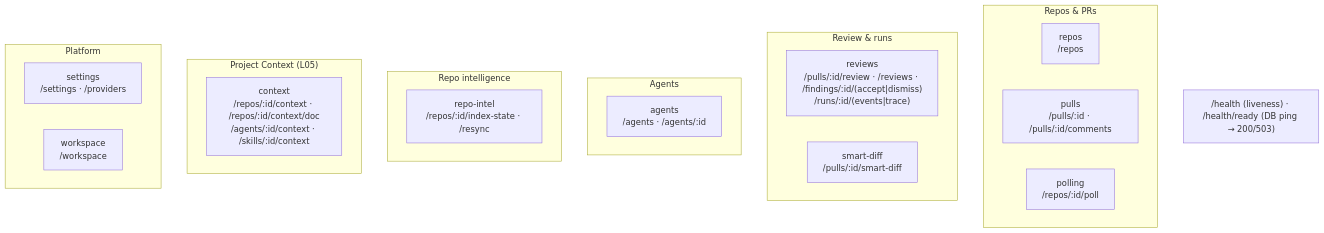
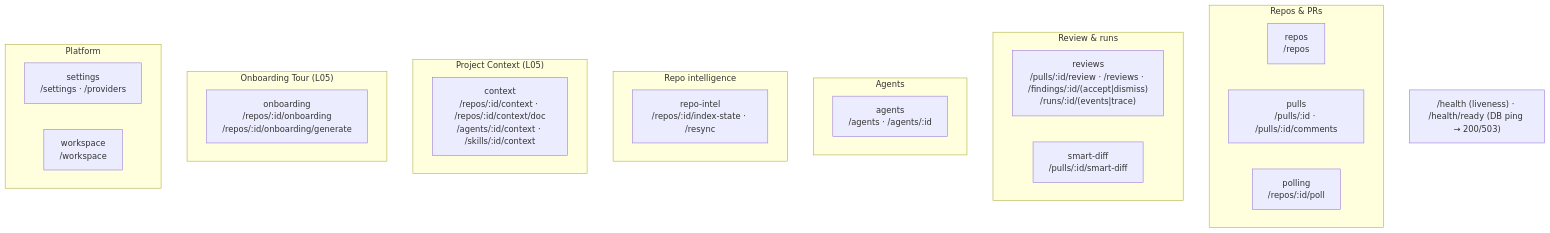
Before and after one commit to GAndriyS/dev-digest: the second of 3 diagrams in server/README.md, drawn with Mermaid. The commit also changed other lines of this file and 8 other files, not shown here.

First line of the commit message:
docs(onboarding): READMEs for the Onboarding Generator; AC-20 no-signals copy code-enforced; e2e flow 11 passes hermetically (SPEC-03 steps 11, 14, 19; plan-verifier closed)

````diff
--- a/server/README.md
+++ b/server/README.md
@@ -64,26 +64,29 @@
 ```mermaid
 flowchart TB
   subgraph Repos_PRs["Repos & PRs"]
     repos["repos<br/>/repos"]
     pulls["pulls<br/>/pulls/:id · /pulls/:id/comments"]
     polling["polling<br/>/repos/:id/poll"]
   end
   subgraph Review["Review & runs"]
     reviews["reviews<br/>/pulls/:id/review · /reviews · /findings/:id/(accept|dismiss)<br/>/runs/:id/(events|trace)"]
     smartDiff["smart-diff<br/>/pulls/:id/smart-diff"]
   end
   subgraph Agents["Agents"]
     agents["agents<br/>/agents · /agents/:id"]
   end
   subgraph Intel["Repo intelligence"]
     repoIntel["repo-intel<br/>/repos/:id/index-state · /resync"]
   end
   subgraph Context["Project Context (L05)"]
     context["context<br/>/repos/:id/context · /repos/:id/context/doc<br/>/agents/:id/context · /skills/:id/context"]
   end
+  subgraph Onboarding["Onboarding Tour (L05)"]
+    onboarding["onboarding<br/>/repos/:id/onboarding<br/>/repos/:id/onboarding/generate"]
+  end
   subgraph Platform["Platform"]
     settings["settings<br/>/settings · /providers"]
     workspace["workspace<br/>/workspace"]
   end
   HEALTH["/health (liveness) · /health/ready (DB ping → 200/503)"]
 ```
````
